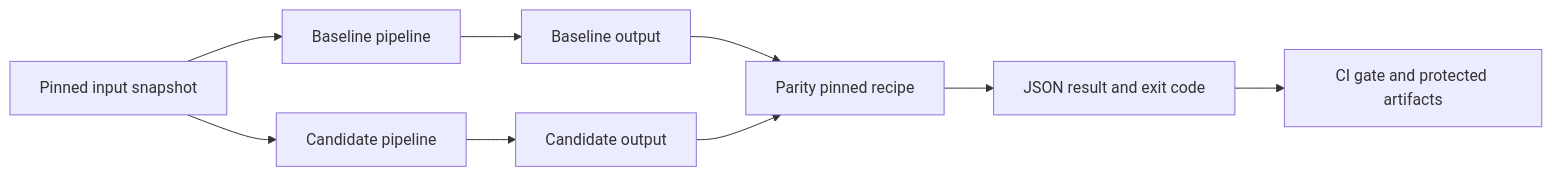
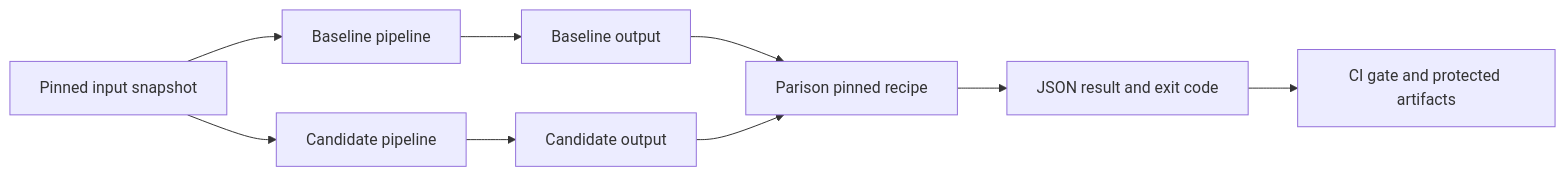
The fourth of 4 diagrams in docs/04-workflows-and-usability.md (raghavkandpal/parison), drawn with Mermaid before and after one commit. The commit also changed other lines of this file and 40 other files, not shown here.

````diff
--- a/docs/04-workflows-and-usability.md
+++ b/docs/04-workflows-and-usability.md
@@ -59,11 +59,11 @@
 ```mermaid
 flowchart LR
     A[Pinned input snapshot] --> B[Baseline pipeline]
     A --> C[Candidate pipeline]
     B --> D[Baseline output]
     C --> E[Candidate output]
-    D --> F[Parity pinned recipe]
+    D --> F[Parison pinned recipe]
     E --> F
     F --> G[JSON result and exit code]
     G --> H[CI gate and protected artifacts]
 ```
````
